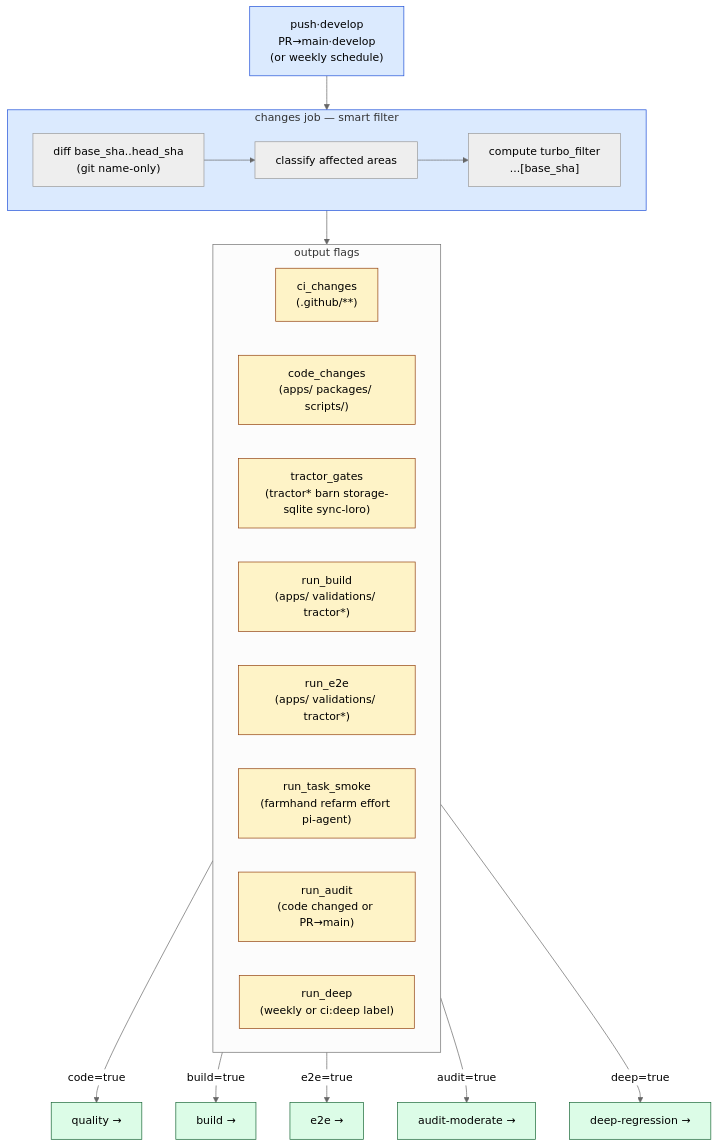
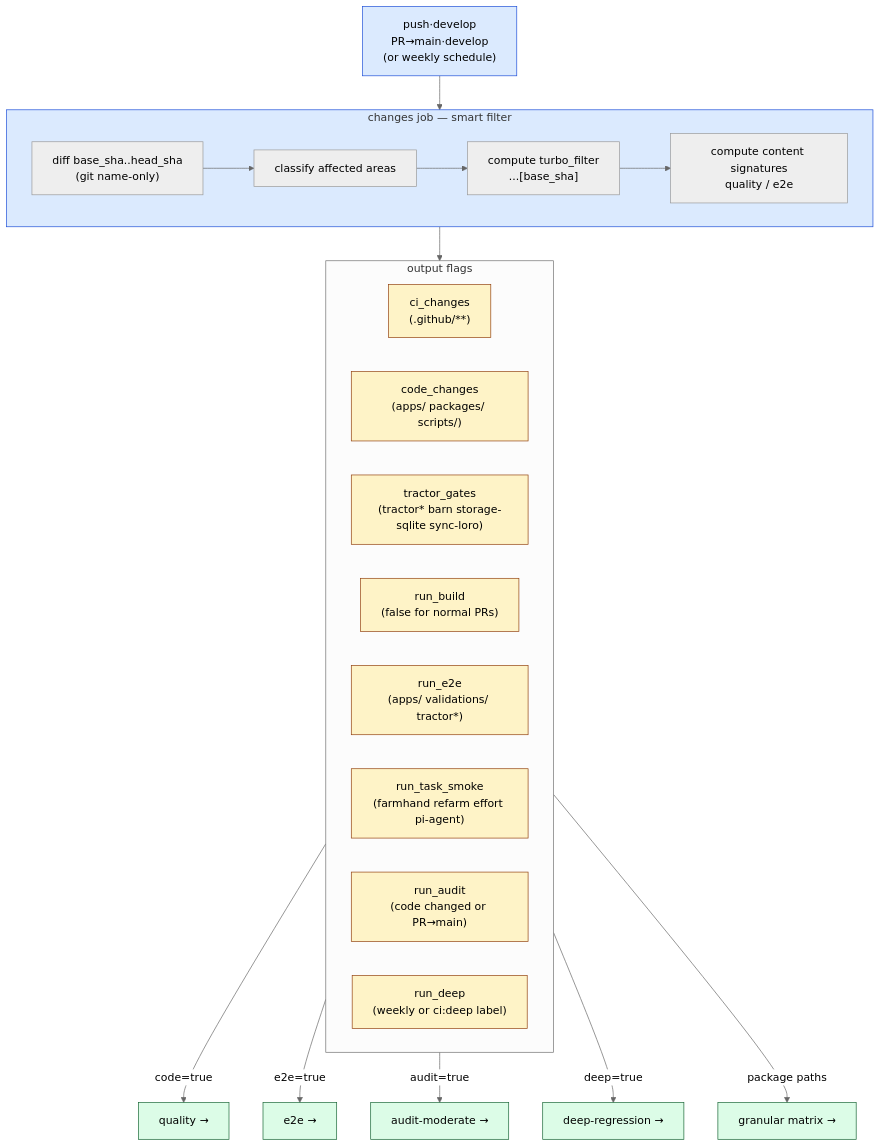
One commit to aretw0/refarm changed the diagram in specs/diagrams/ci-pipeline--changes.mermaid. Above: the diagram before and after it, drawn with Mermaid (neutral theme). The commit also changed 6 other files, not shown here.

```diff
--- a/specs/diagrams/ci-pipeline--changes.mermaid
+++ b/specs/diagrams/ci-pipeline--changes.mermaid
@@ -1,39 +1,40 @@
 flowchart TD
   Trigger["push·develop\nPR→main·develop\n(or weekly schedule)"]
 
   Trigger --> Changes
 
   subgraph Changes["changes job — smart filter"]
     C1["diff base_sha..head_sha\n(git name-only)"]
     C2["classify affected areas"]
     C3["compute turbo_filter\n...[base_sha]"]
-    C1 --> C2 --> C3
+    C4["compute content signatures\nquality / e2e"]
+    C1 --> C2 --> C3 --> C4
   end
 
   subgraph Flags["output flags"]
     direction LR
     F1["ci_changes\n(.github/**)"]
     F2["code_changes\n(apps/ packages/ scripts/)"]
     F3["tractor_gates\n(tractor* barn storage-sqlite sync-loro)"]
-    F4["run_build\n(apps/ validations/ tractor*)"]
+    F4["run_build\n(false for normal PRs)"]
     F5["run_e2e\n(apps/ validations/ tractor*)"]
     F6["run_task_smoke\n(farmhand refarm effort pi-agent)"]
     F7["run_audit\n(code changed or PR→main)"]
     F8["run_deep\n(weekly or ci:deep label)"]
   end
 
   Changes --> Flags
 
   Flags -->|"code=true"| Q["quality →"]
-  Flags -->|"build=true"| B["build →"]
   Flags -->|"e2e=true"| E["e2e →"]
   Flags -->|"audit=true"| A["audit-moderate →"]
   Flags -->|"deep=true"| D["deep-regression →"]
+  Flags -->|"package paths"| M["granular matrix →"]
 
   classDef gate fill:#dbeafe,stroke:#1d4ed8,stroke-width:1px;
   classDef flag fill:#fef3c7,stroke:#92400e,stroke-width:1px;
   classDef job  fill:#dcfce7,stroke:#166534,stroke-width:1px;
 
   class Trigger,Changes gate;
   class F1,F2,F3,F4,F5,F6,F7,F8 flag;
-  class Q,B,E,A,D job;
+  class Q,E,A,D,M job;
```
